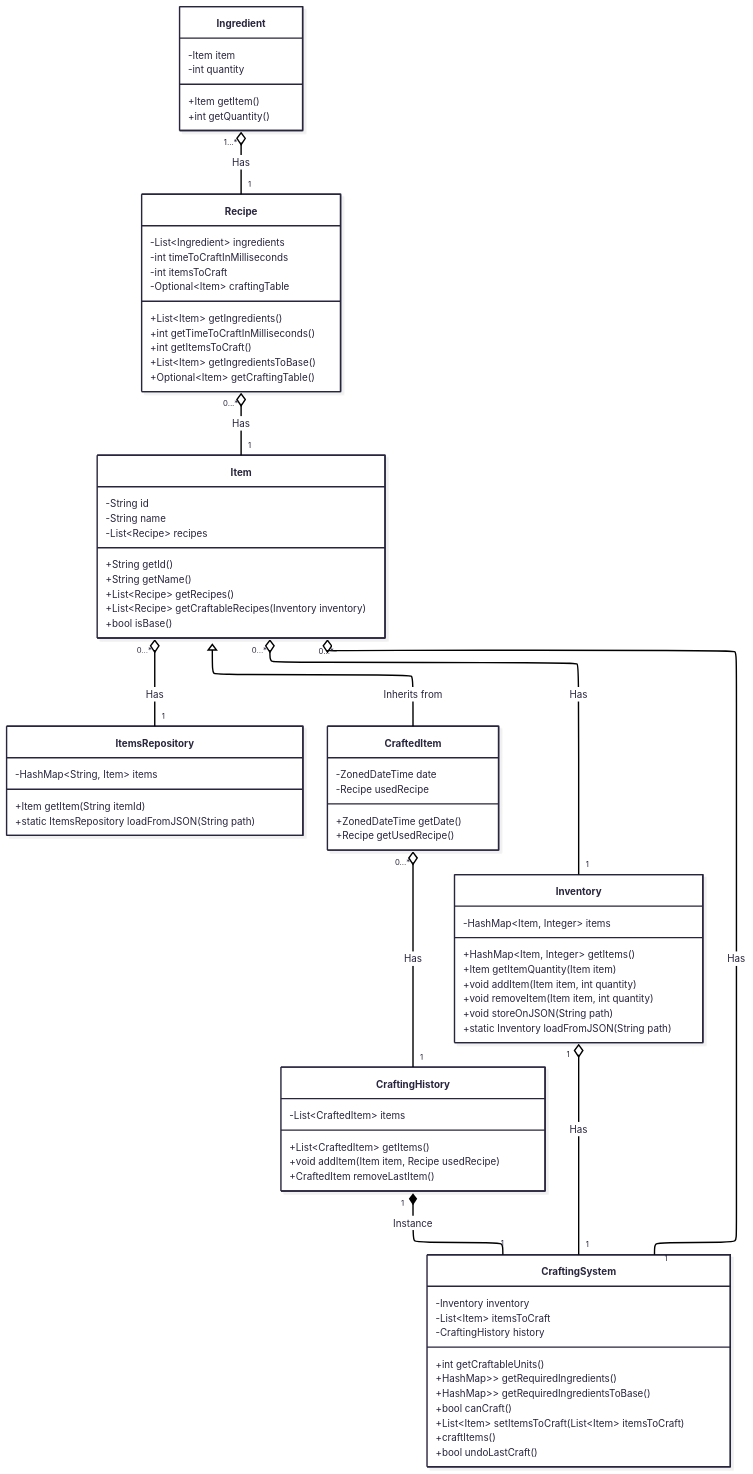
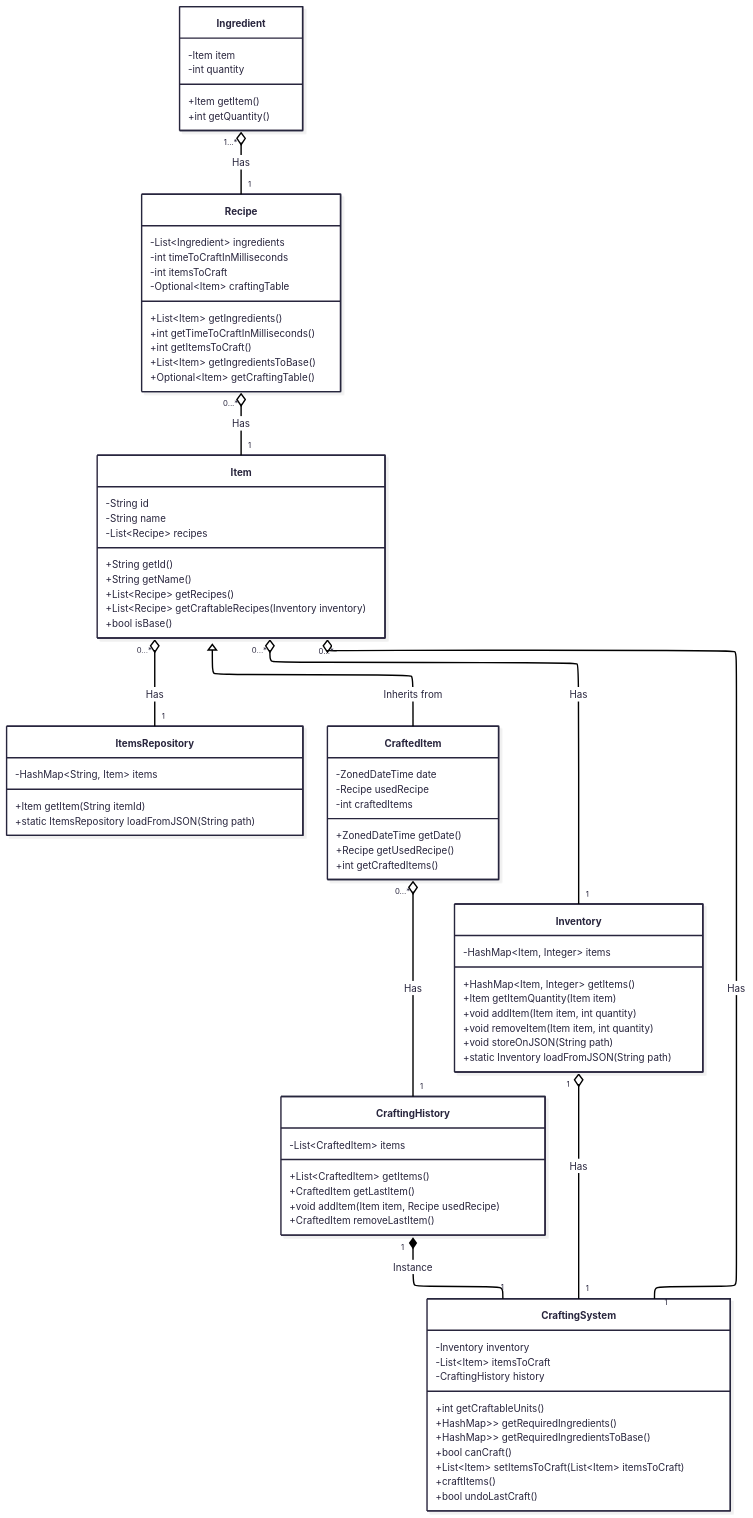
One commit to hozlucas28/Java-Practical-Work-2025 changed the first of 2 diagrams in README.md. Above: the diagram before and after it, drawn with Mermaid.

Commit message:
doc: update class diagram

```diff
--- a/README.md
+++ b/README.md
@@ -150,9 +150,11 @@
     class CraftedItem {
 	    -ZonedDateTime date
 	    -Recipe usedRecipe
+	    -int craftedItems
 
 	    +ZonedDateTime getDate()
 	    +Recipe getUsedRecipe()
+	    +int getCraftedItems()
     }
 
     class Ingredient {
@@ -181,6 +183,7 @@
 	    -List~CraftedItem~ items
 
         +List~CraftedItem~ getItems()
+        +CraftedItem getLastItem()
 	    +void addItem(Item item, Recipe usedRecipe)
 	    +CraftedItem removeLastItem()
     }
```
